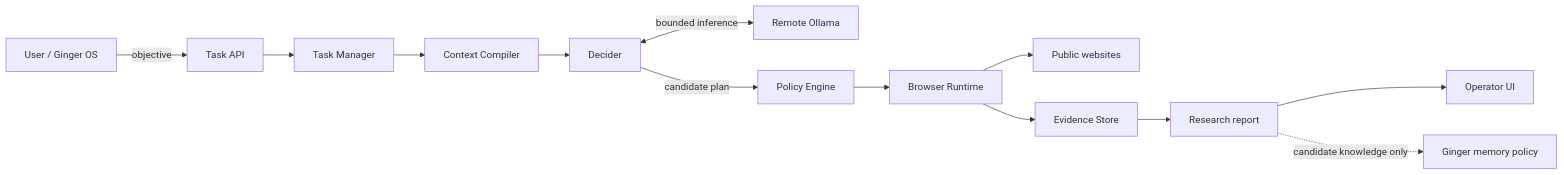
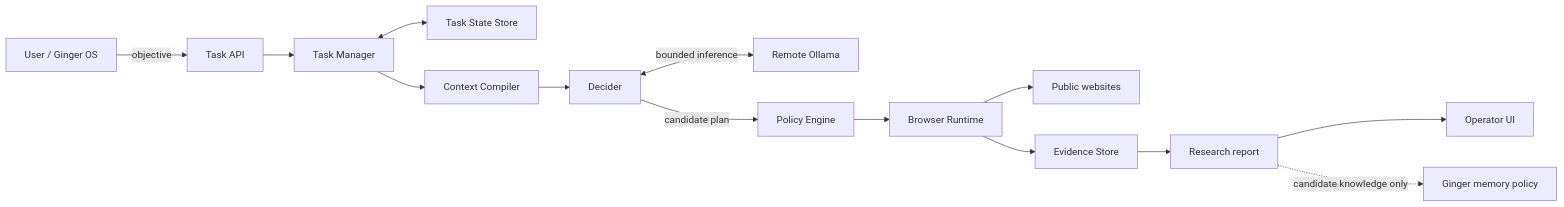
One commit to codewithwest/project_ginger-night-walker changed the first of 4 diagrams in docs/architecture.md. Above: the diagram before and after it, drawn with Mermaid. The commit also changed other lines of this file, not shown here.

Commit message:
docs: add task state store to architecture diagrams

````diff
--- a/docs/architecture.md
+++ b/docs/architecture.md
@@ -37,15 +37,16 @@
 ```mermaid
 flowchart LR
     U[User / Ginger OS] -->|objective| API[Task API]
     API --> TM[Task Manager]
+    TM <--> TS[Task State Store]
     TM --> CC[Context Compiler]
     CC --> D[Decider]
     D <-->|bounded inference| O[Remote Ollama]
     D -->|candidate plan| PE[Policy Engine]
     PE --> BR[Browser Runtime]
     BR --> WEB[Public websites]
     BR --> ES[Evidence Store]
     ES --> RS[Research report]
     RS --> UI[Operator UI]
     RS -. candidate knowledge only .-> MEM[Ginger memory policy]
 ```
````
